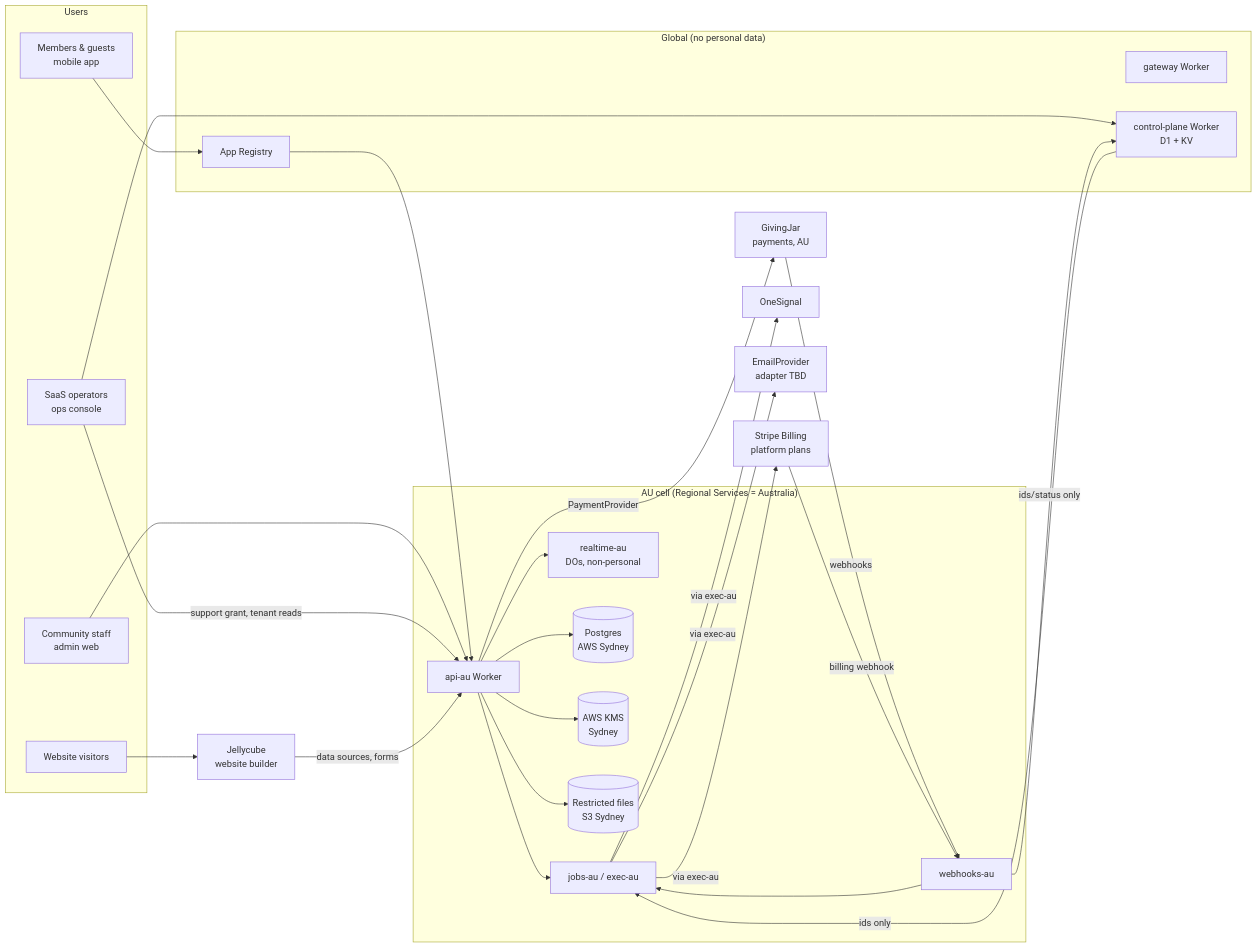
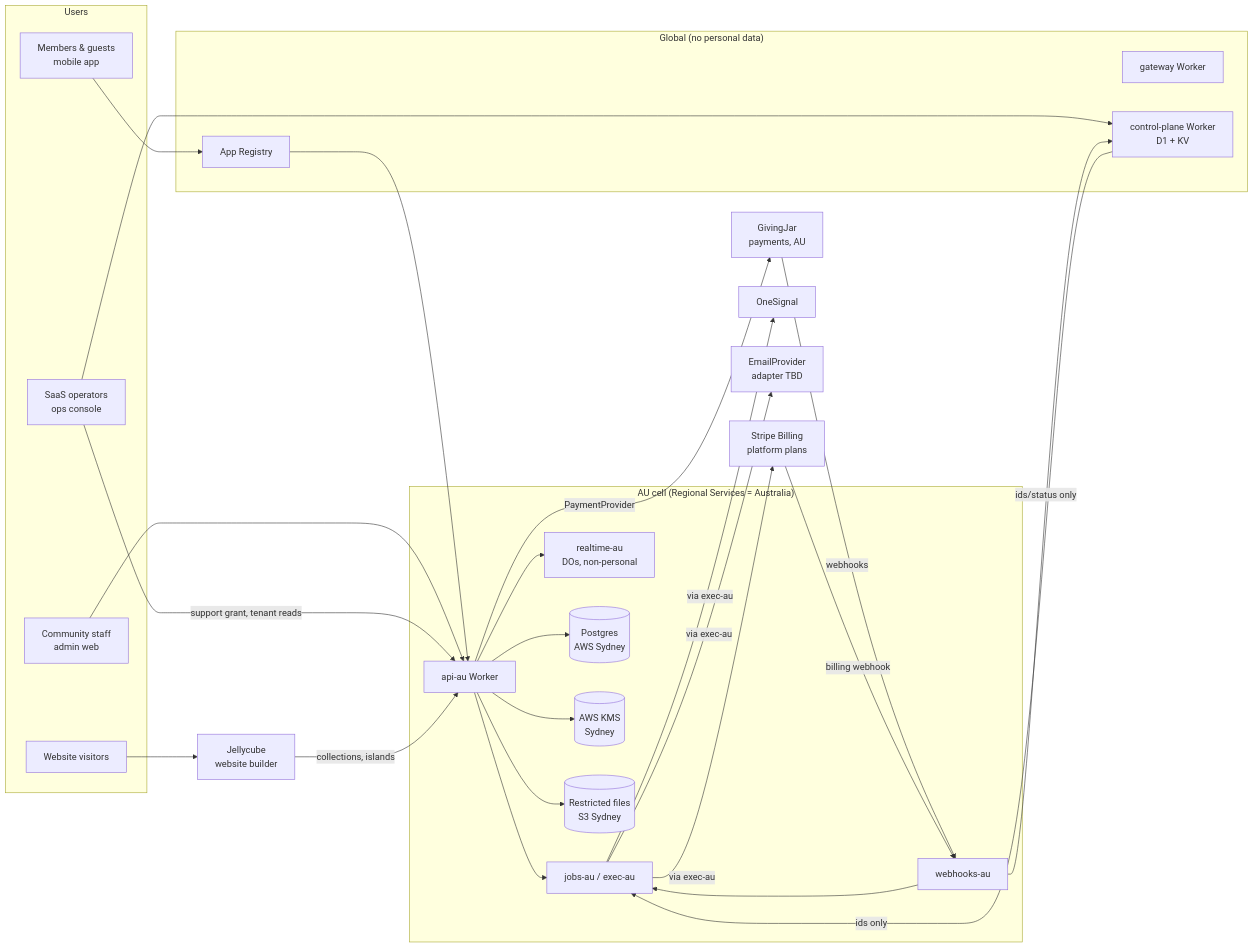
Before and after one commit to taftechnology/community-hub-core: the first of 2 diagrams in architecture.md, drawn with Mermaid. The commit also changed other lines of this file, not shown here.

First line of the commit message:
docs(architecture): replace the widget pack with collections, islands and blocks

````diff
--- a/architecture.md
+++ b/architecture.md
@@ -132,51 +132,51 @@
 ```mermaid
 flowchart LR
   subgraph Users
     M[Members & guests<br/>mobile app]
     A[Community staff<br/>admin web]
     V[Website visitors]
     S[SaaS operators<br/>ops console]
   end
 
   subgraph Global["Global (no personal data)"]
     GW[gateway Worker]
     CP[control-plane Worker<br/>D1 + KV]
     AR[App Registry]
   end
 
   subgraph AU["AU cell (Regional Services = Australia)"]
     API[api-au Worker]
     JOBS[jobs-au / exec-au]
     WH[webhooks-au]
     RT[realtime-au<br/>DOs, non-personal]
     PG[(Postgres<br/>AWS Sydney)]
     KMS[(AWS KMS<br/>Sydney)]
     S3[(Restricted files<br/>S3 Sydney)]
   end
 
   JC[Jellycube<br/>website builder]
   GJ[GivingJar<br/>payments, AU]
   STRIPE[Stripe Billing<br/>platform plans]
   PUSH[OneSignal]
   EMAIL[EmailProvider<br/>adapter TBD]
 
   M --> AR --> API
   A --> API
   S --> CP
   S -->|support grant, tenant reads| API
-  V --> JC -->|data sources, forms| API
+  V --> JC -->|collections, islands| API
   API --> PG
   API --> KMS
   API --> S3
   API --> RT
   API --> JOBS
   API -->|PaymentProvider| GJ
   GJ -->|webhooks| WH
   STRIPE -->|billing webhook| WH
   WH --> JOBS
   WH -->|ids/status only| CP
   CP -->|ids only| JOBS
   JOBS -->|via exec-au| STRIPE
   JOBS -->|via exec-au| PUSH
   JOBS -->|via exec-au| EMAIL
 ```
````
